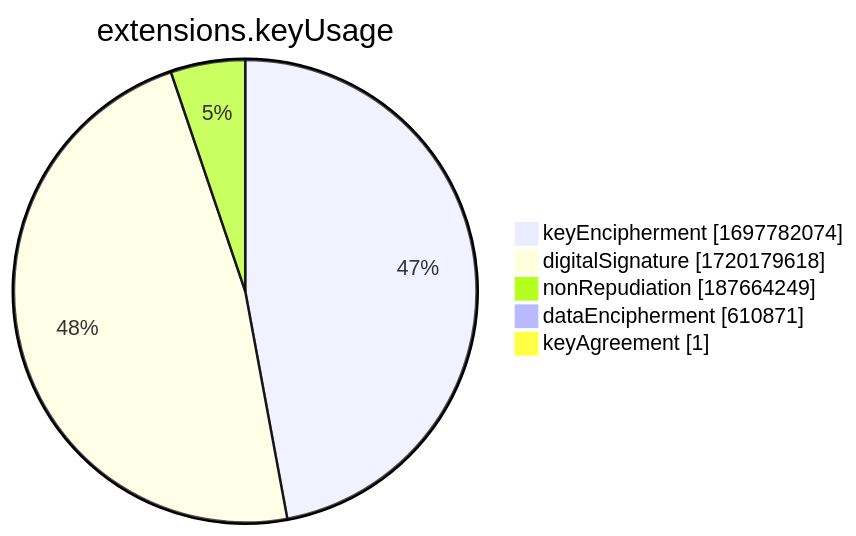
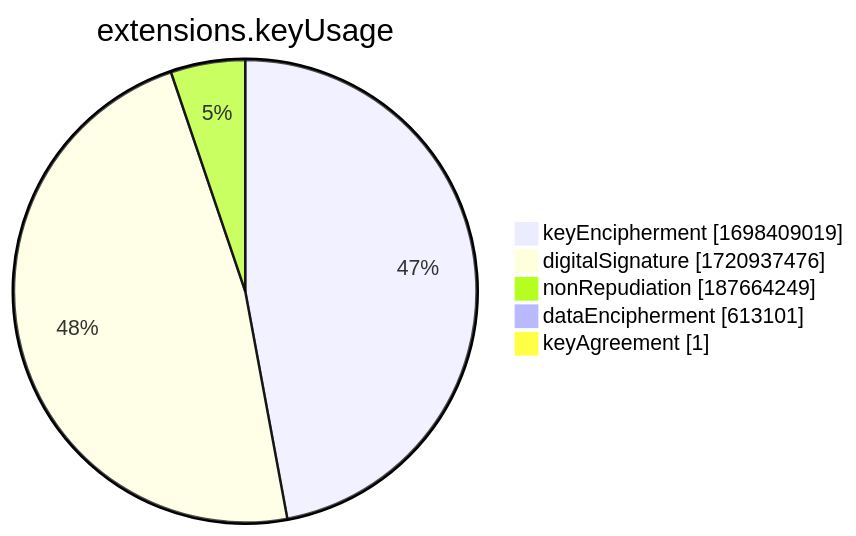
Before and after one commit to christiankrug/ctmonitor_visualization: the seventh of 15 diagrams in xenon2022/README.md, drawn with Mermaid. The commit also changed other lines of this file, not shown here.

````diff
--- a/xenon2022/README.md
+++ b/xenon2022/README.md
@@ -2858,9 +2858,9 @@
 ```mermaid
 pie showData
 title extensions.keyUsage
-"keyEncipherment" :1697782074
-"digitalSignature" :1720179618
+"keyEncipherment" :1698409019
+"digitalSignature" :1720937476
 "nonRepudiation" :187664249
-"dataEncipherment" :610871
+"dataEncipherment" :613101
 "keyAgreement" :1
 ```
````
